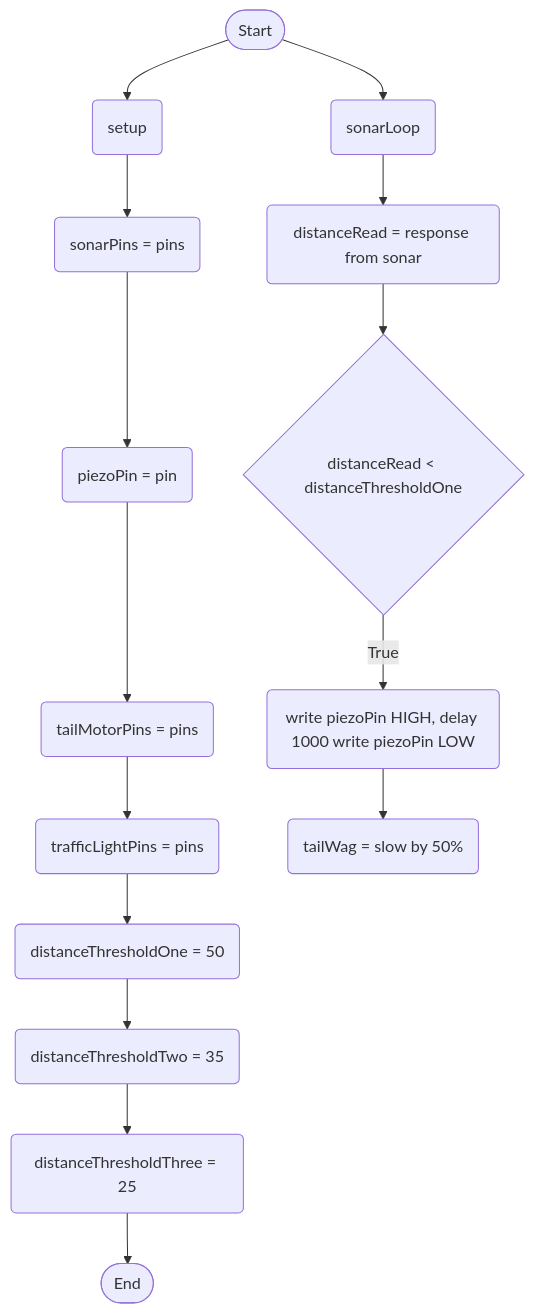
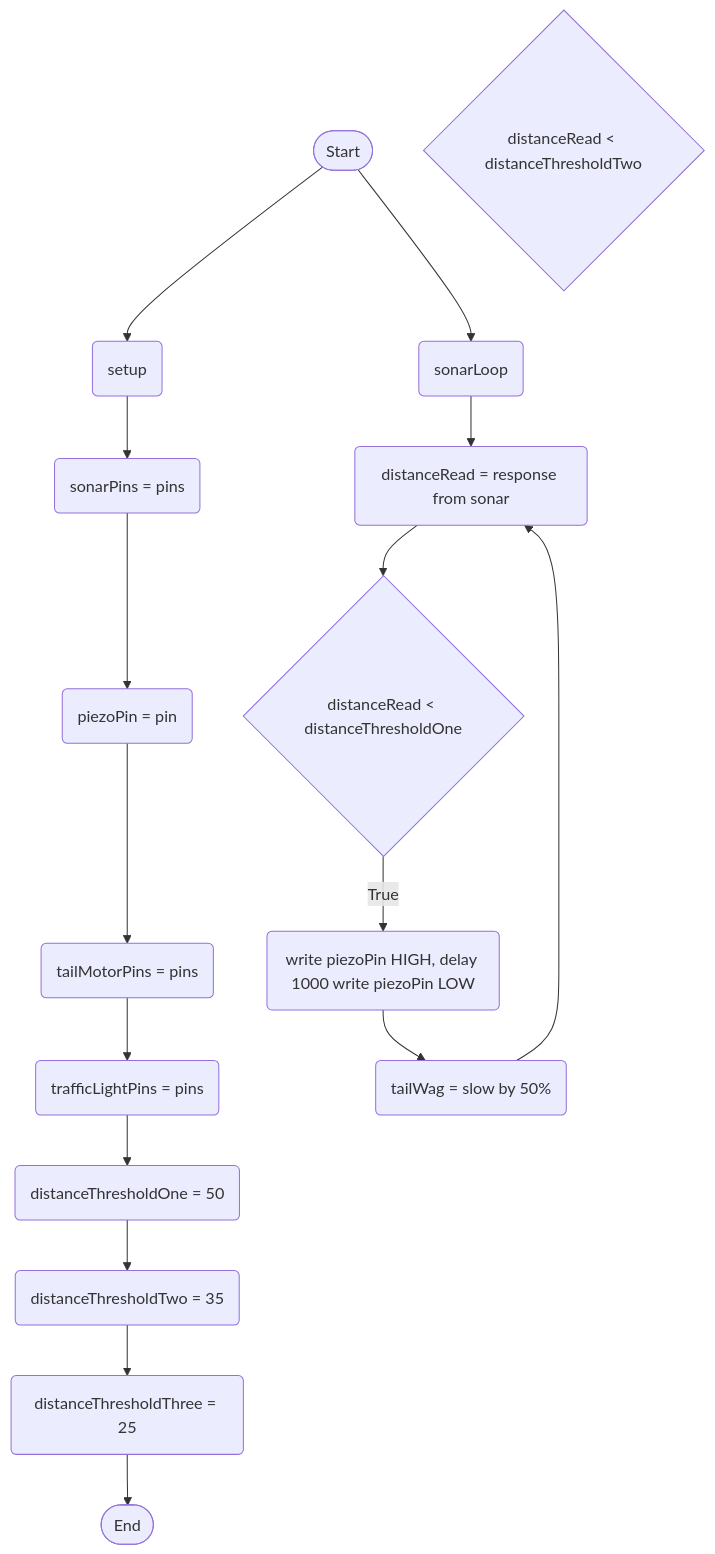
Before and after one commit to Deltace05/SmartDog: the diagram in logic.md, drawn with Mermaid.

````diff
--- a/logic.md
+++ b/logic.md
@@ -1,34 +1,36 @@
 ```mermaid
 flowchart TD
 terminalStart([Start])
 terminalEnd([End])
 setupStart(setup)
 setSonarRead(sonarPins = pins)
 setPiezoPin(piezoPin = pin)
 setTail(tailMotorPins = pins)
 setLight(trafficLightPins = pins)
 thresholdSetOne(distanceThresholdOne = 50)
 thresholdSetTwo(distanceThresholdTwo = 35)
 thresholdSetThree(distanceThresholdThree = 25)
 currentDistanceReading(distanceRead = response from sonar)
 ifDistanceLessThanThresholdOne{distanceRead < distanceThresholdOne}
+ifDistanceLessThanThresholdTwo{distanceRead < distanceThresholdTwo}
 piezoOneBuzz(write piezoPin HIGH, delay 1000 write piezoPin LOW)
 tailSlow(tailWag = slow by 50%)
 sonarStart(sonarLoop)
 
 terminalStart --> setupStart
 setupStart --> setSonarRead
 setSonarRead --> setPiezoPin
 setPiezoPin --> setTail
 setTail --> setLight
 setLight --> thresholdSetOne
 thresholdSetOne --> thresholdSetTwo
 thresholdSetTwo --> thresholdSetThree
 thresholdSetThree --> terminalEnd
 
 terminalStart --> sonarStart
 sonarStart --> currentDistanceReading
 currentDistanceReading --> ifDistanceLessThanThresholdOne
 ifDistanceLessThanThresholdOne --> |True| piezoOneBuzz
 piezoOneBuzz --> tailSlow
+tailSlow --> currentDistanceReading
 ```
````
